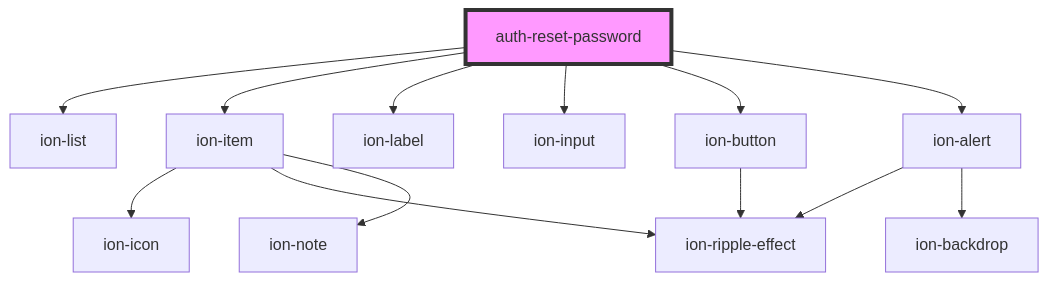
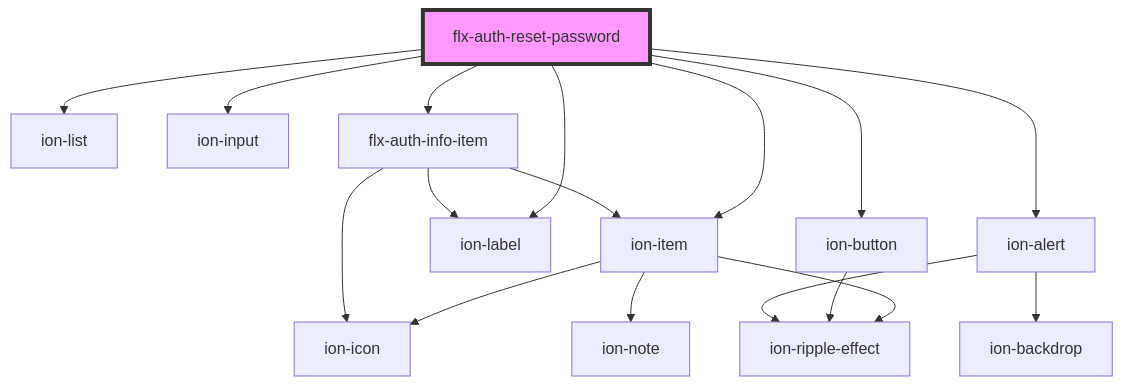
The diagram in src/components/auth/reset-password/readme.md (Scan0815/felix-core), drawn with Mermaid before and after one commit. The commit also changed other lines of this file and 16 other files, not shown here.

````diff
--- a/src/components/auth/reset-password/readme.md
+++ b/src/components/auth/reset-password/readme.md
@@ -38,16 +51,20 @@
 ```mermaid
 graph TD;
-  auth-reset-password --> ion-list
-  auth-reset-password --> ion-item
-  auth-reset-password --> ion-label
-  auth-reset-password --> ion-input
-  auth-reset-password --> ion-button
-  auth-reset-password --> ion-alert
+  flx-auth-reset-password --> ion-list
+  flx-auth-reset-password --> ion-item
+  flx-auth-reset-password --> ion-label
+  flx-auth-reset-password --> ion-input
+  flx-auth-reset-password --> flx-auth-info-item
+  flx-auth-reset-password --> ion-button
+  flx-auth-reset-password --> ion-alert
   ion-item --> ion-icon
   ion-item --> ion-ripple-effect
   ion-item --> ion-note
+  flx-auth-info-item --> ion-item
+  flx-auth-info-item --> ion-icon
+  flx-auth-info-item --> ion-label
   ion-button --> ion-ripple-effect
   ion-alert --> ion-ripple-effect
   ion-alert --> ion-backdrop
-  style auth-reset-password fill:#f9f,stroke:#333,stroke-width:4px
+  style flx-auth-reset-password fill:#f9f,stroke:#333,stroke-width:4px
 ```
````
